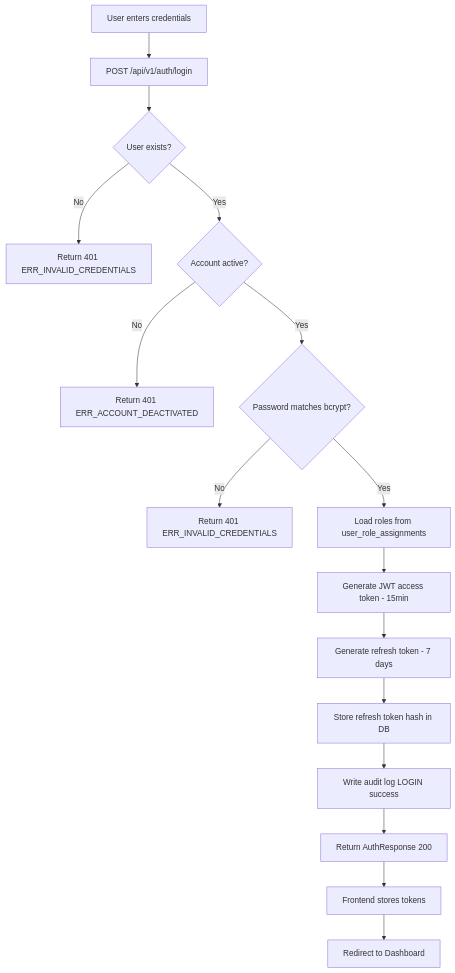
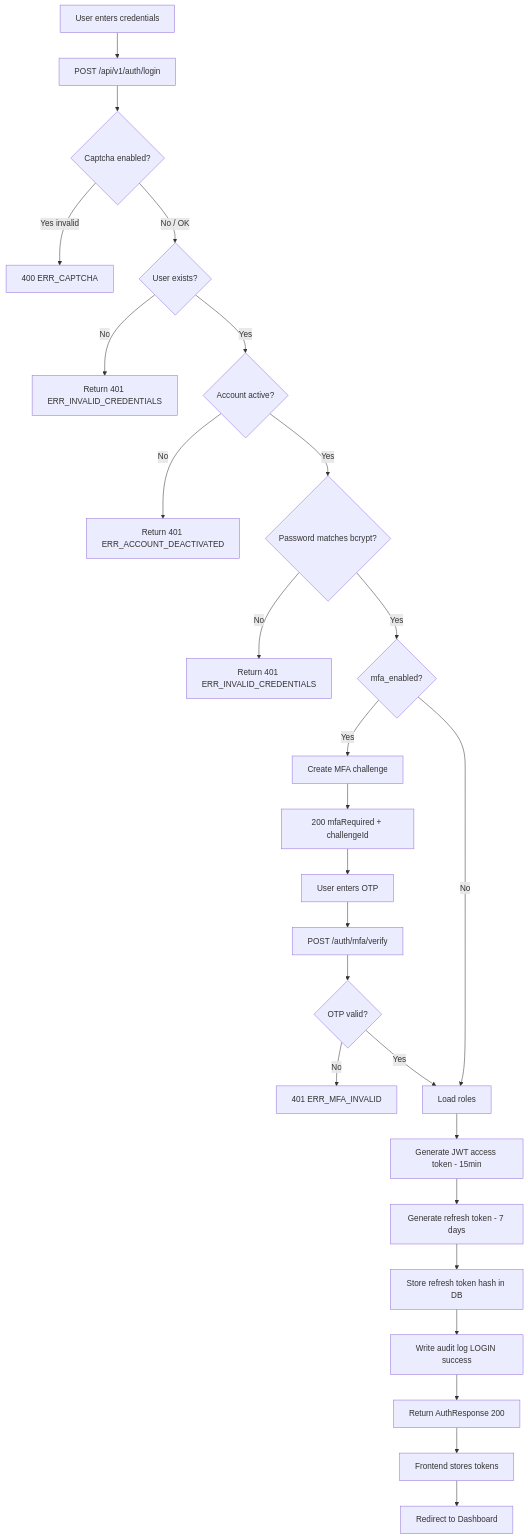
One commit to ashutoshbelulkar-coder/credit-harmony changed the first of 3 diagrams in docs/User stories/EPIC-01-Authentication-Session.md. Above: the diagram before and after it, drawn with Mermaid. The commit also changed other lines of this file and 61 other files, not shown here.

First line of the commit message:
feat: MFA login flow, Turnstile captcha, institution reg number generator, auth-login types, and supporting docs/config updates

````diff
--- a/docs/User stories/EPIC-01-Authentication-Session.md
+++ b/docs/User stories/EPIC-01-Authentication-Session.md
@@ -328,18 +343,28 @@
 ```mermaid
 flowchart TD
     A[User enters credentials] --> B[POST /api/v1/auth/login]
-    B --> C{User exists?}
+    B --> B0{Captcha enabled?}
+    B0 -->|Yes invalid| B1[400 ERR_CAPTCHA]
+    B0 -->|No / OK| C{User exists?}
     C -->|No| D[Return 401 ERR_INVALID_CREDENTIALS]
     C -->|Yes| E{Account active?}
     E -->|No| F[Return 401 ERR_ACCOUNT_DEACTIVATED]
     E -->|Yes| G{Password matches bcrypt?}
     G -->|No| H[Return 401 ERR_INVALID_CREDENTIALS]
-    G -->|Yes| I[Load roles from user_role_assignments]
+    G -->|Yes| Mfa{mfa_enabled?}
+    Mfa -->|Yes| M1[Create MFA challenge]
+    M1 --> M2[200 mfaRequired + challengeId]
+    M2 --> M3[User enters OTP]
+    M3 --> M4[POST /auth/mfa/verify]
+    M4 --> M5{OTP valid?}
+    M5 -->|No| M6[401 ERR_MFA_INVALID]
+    M5 -->|Yes| I[Load roles]
+    Mfa -->|No| I
     I --> J[Generate JWT access token - 15min]
     J --> K[Generate refresh token - 7 days]
     K --> L[Store refresh token hash in DB]
     L --> M[Write audit log LOGIN success]
     M --> N[Return AuthResponse 200]
     N --> O[Frontend stores tokens]
     O --> P[Redirect to Dashboard]
 ```
````
